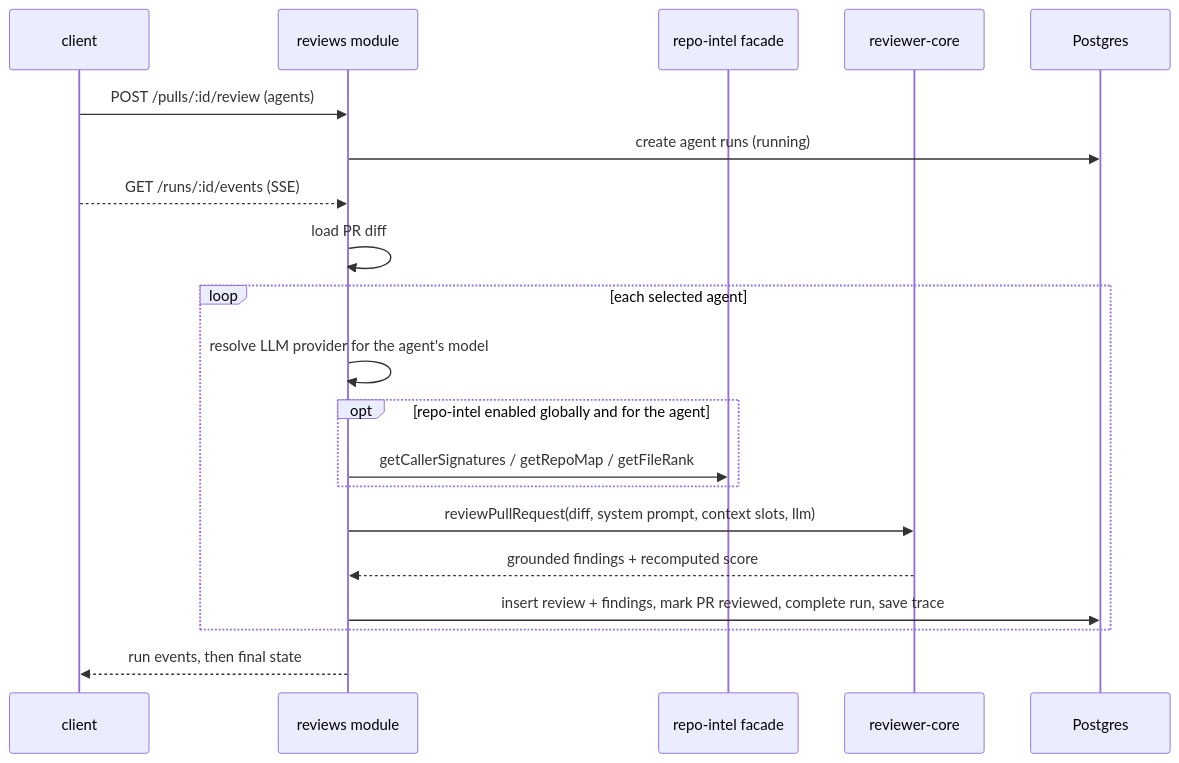
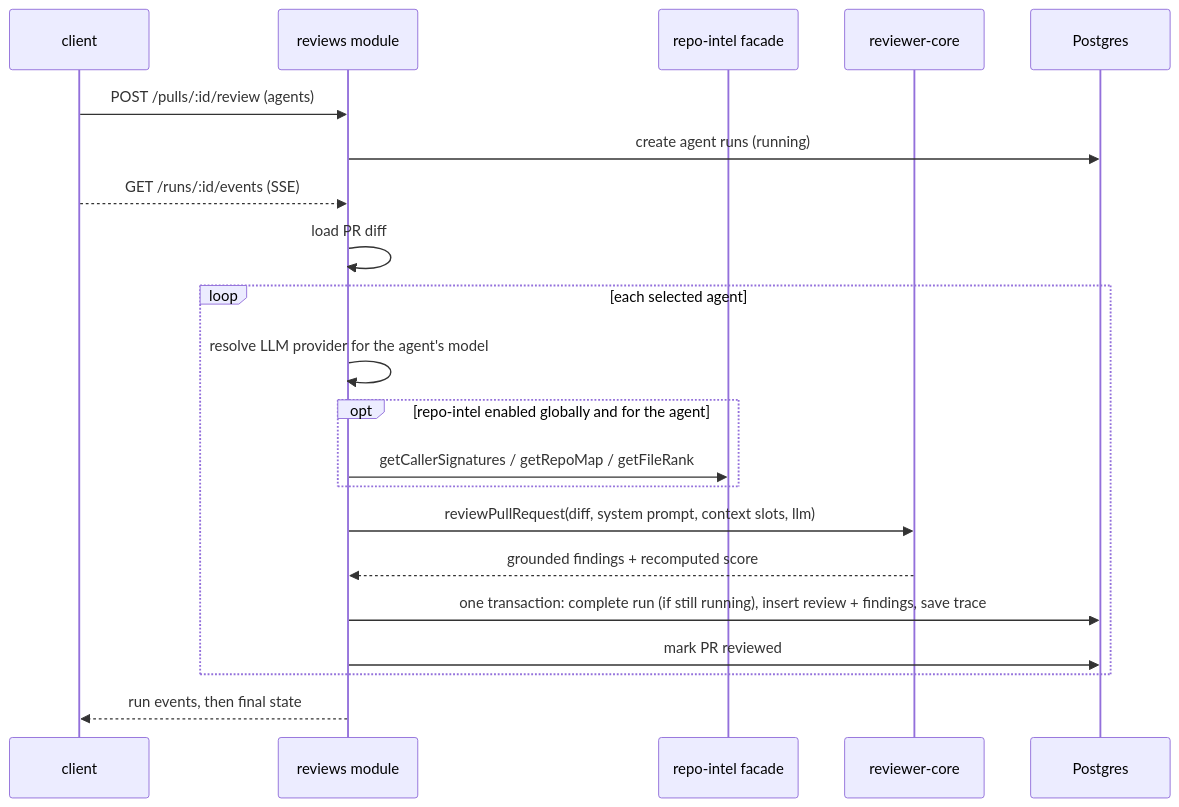
One commit to ai-agentic-engineering-neo/dev-digest changed the diagram in server/docs/architecture.md. Above: the diagram before and after it, drawn with Mermaid. The commit also changed other lines of this file and 11 other files, not shown here.

First line of the commit message:
fix(server): cancel stops a running review; a review outcome is saved atomically

````diff
--- a/server/docs/architecture.md
+++ b/server/docs/architecture.md
@@ -28,23 +28,24 @@
 ```mermaid
 sequenceDiagram
   participant UI as client
   participant API as reviews module
   participant RI as repo-intel facade
   participant CORE as reviewer-core
   participant DB as Postgres
 
   UI->>API: POST /pulls/:id/review (agents)
   API->>DB: create agent runs (running)
   UI-->>API: GET /runs/:id/events (SSE)
   API->>API: load PR diff
   loop each selected agent
     API->>API: resolve LLM provider for the agent's model
     opt repo-intel enabled globally and for the agent
       API->>RI: getCallerSignatures / getRepoMap / getFileRank
     end
     API->>CORE: reviewPullRequest(diff, system prompt, context slots, llm)
     CORE-->>API: grounded findings + recomputed score
-    API->>DB: insert review + findings, mark PR reviewed, complete run, save trace
+    API->>DB: one transaction: complete run (if still running), insert review + findings, save trace
+    API->>DB: mark PR reviewed
   end
   API-->>UI: run events, then final state
 ```
````
